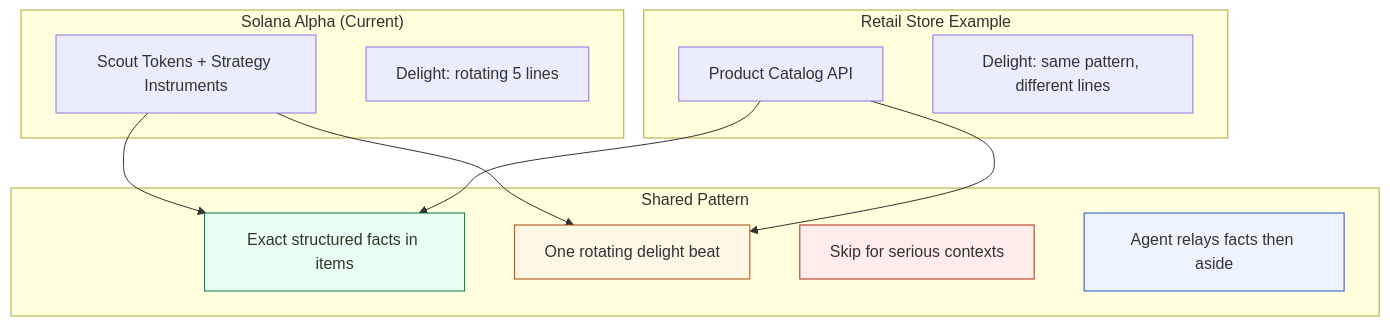
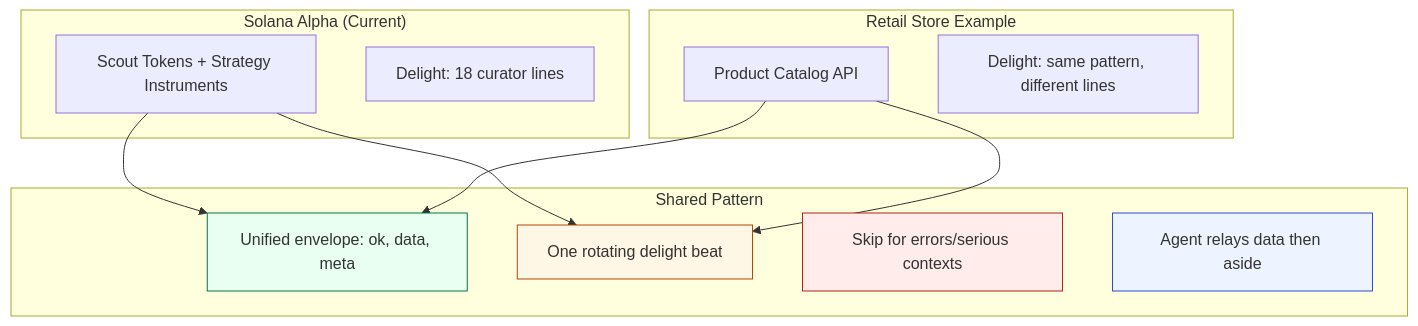
One commit to marvelus-tech/solana-alpha changed the third of 3 diagrams in docs/delight-infusion.md. Above: the diagram before and after it, drawn with Mermaid. The commit also changed other lines of this file and 16 other files, not shown here.

First line of the commit message:
Implement full agent-ready site prompt with unified envelope

````diff
--- a/docs/delight-infusion.md
+++ b/docs/delight-infusion.md
@@ -87,29 +147,29 @@
 ```mermaid
 graph TD
     subgraph "Solana Alpha (Current)"
         SA[Scout Tokens + Strategy Instruments]
-        SAD[Delight: rotating 5 lines]
+        SAD[Delight: 18 curator lines]
     end
     
     subgraph "Retail Store Example"
         RS[Product Catalog API]
         RSD[Delight: same pattern, different lines]
     end
     
     subgraph "Shared Pattern"
-        P1[Exact structured facts in items]
+        P1[Unified envelope: ok, data, meta]
         P2[One rotating delight beat]
-        P3[Skip for serious contexts]
-        P4[Agent relays facts then aside]
+        P3[Skip for errors/serious contexts]
+        P4[Agent relays data then aside]
     end
     
     SA --> P1
     SA --> P2
     RS --> P1
     RS --> P2
     
     style P1 fill:#e8fff2,stroke:#067647
     style P2 fill:#fff7e6,stroke:#b54708
     style P3 fill:#ffeceb,stroke:#b42318
     style P4 fill:#eef4ff,stroke:#2a4bcf
 ```
````
